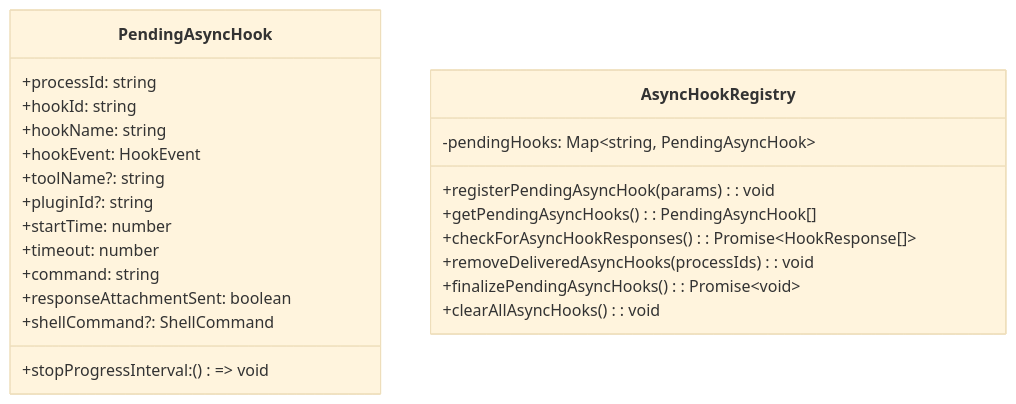
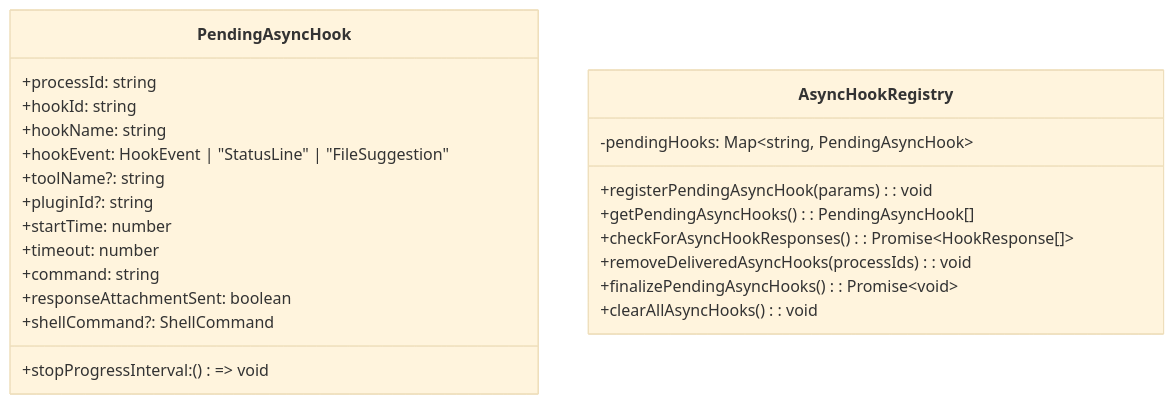
The fourth of 13 diagrams in .nium-wiki/wiki/core/hooks.md (niuma996/claude-code-sourcemap-wiki), drawn with Mermaid (base theme) before and after one commit. The commit also changed other lines of this file and 19 other files, not shown here.

````diff
--- a/.nium-wiki/wiki/core/hooks.md
+++ b/.nium-wiki/wiki/core/hooks.md
@@ -135,27 +258,27 @@
 ```mermaid
 classDiagram
     class PendingAsyncHook {
         +processId: string
         +hookId: string
         +hookName: string
-        +hookEvent: HookEvent
+        +hookEvent: HookEvent | "StatusLine" | "FileSuggestion"
         +toolName?: string
         +pluginId?: string
         +startTime: number
         +timeout: number
         +command: string
         +responseAttachmentSent: boolean
         +shellCommand?: ShellCommand
         +stopProgressInterval: () => void
     }
 
     class AsyncHookRegistry {
         -pendingHooks: Map~string, PendingAsyncHook~
         +registerPendingAsyncHook(params): void
         +getPendingAsyncHooks(): PendingAsyncHook[]
         +checkForAsyncHookResponses(): Promise~HookResponse[]~
         +removeDeliveredAsyncHooks(processIds): void
         +finalizePendingAsyncHooks(): Promise~void~
         +clearAllAsyncHooks(): void
     }
 ```
````
